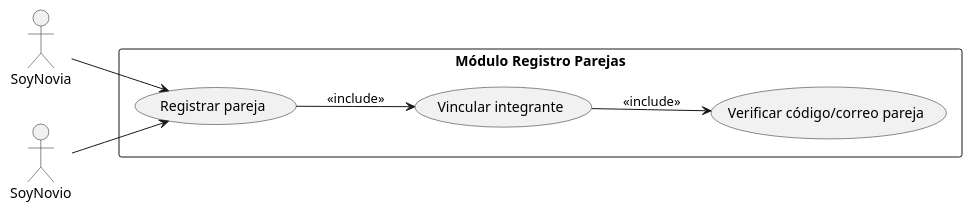
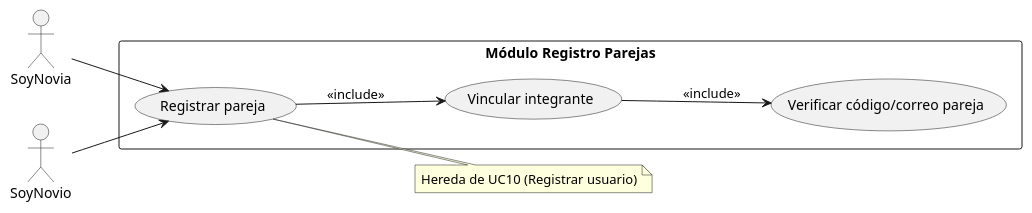
The diagram in disenioSoftware/UC10a_RegistrarParejaj.puml (3m1l10j4v13r4qu1n0/ift12_repo), drawn with PlantUML before and after one commit. The commit also changed 11 other files, not shown here.

Commit message:
commit 4 se crea diagramas de alto nivel

```diff
--- a/disenioSoftware/UC10a_RegistrarParejaj.puml
+++ b/disenioSoftware/UC10a_RegistrarParejaj.puml
@@ -1,19 +1,24 @@
 @startuml UC10a_RegistrarPareja
 left to right direction
+
 actor SoyNovia
 actor SoyNovio
 
 rectangle "Módulo Registro Parejas" {
   usecase UC10a as "Registrar pareja"
   usecase UC10f as "Vincular integrante"
   usecase UC10g as "Verificar código/correo pareja"
 
   UC10a --> UC10f : <<include>>
   UC10f --> UC10g : <<include>>
 }
 
 SoyNovia --> UC10a
 SoyNovio --> UC10a
 
+note right of UC10a
+Hereda de UC10 (Registrar usuario)
+end note
+
 
 @enduml
```
